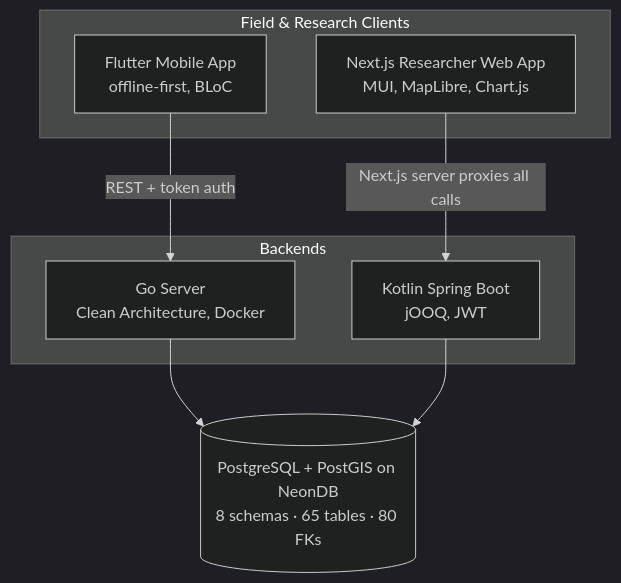
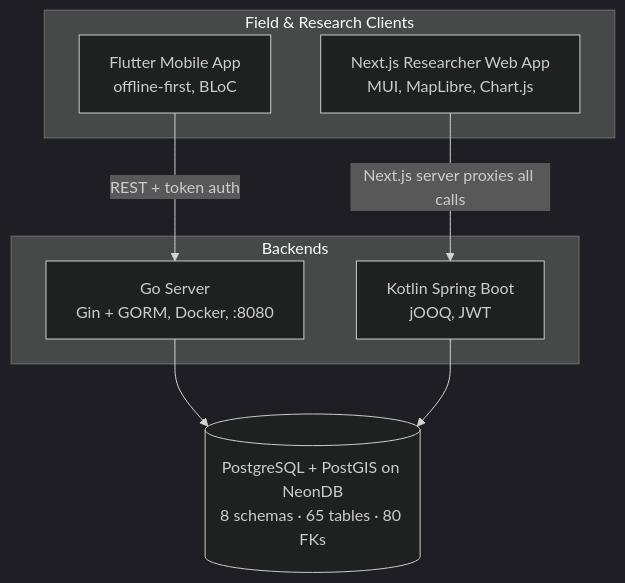
Before and after one commit to Cocoa-CUSAR-dev/docs-and-plan: the first of 2 diagrams in docs/architecture/overview.md, drawn with Mermaid (dark theme). The commit also changed 11 other files, not shown here.

````diff
--- a/docs/architecture/overview.md
+++ b/docs/architecture/overview.md
@@ -9,18 +9,18 @@
 ```mermaid
 flowchart TB
     subgraph clients [Field & Research Clients]
         MOBILE[Flutter Mobile App<br/>offline-first, BLoC]
         WEB[Next.js Researcher Web App<br/>MUI, MapLibre, Chart.js]
     end
 
     subgraph backends [Backends]
-        GO[Go Server<br/>Clean Architecture, Docker]
+        GO[Go Server<br/>Gin + GORM, Docker, :8080]
         KOTLIN[Kotlin Spring Boot<br/>jOOQ, JWT]
     end
 
     MOBILE -->|REST + token auth| GO
     WEB -->|Next.js server proxies all calls| KOTLIN
 
     GO --> DB[(PostgreSQL + PostGIS on NeonDB<br/>8 schemas · 65 tables · 80 FKs)]
     KOTLIN --> DB
 ```
````
